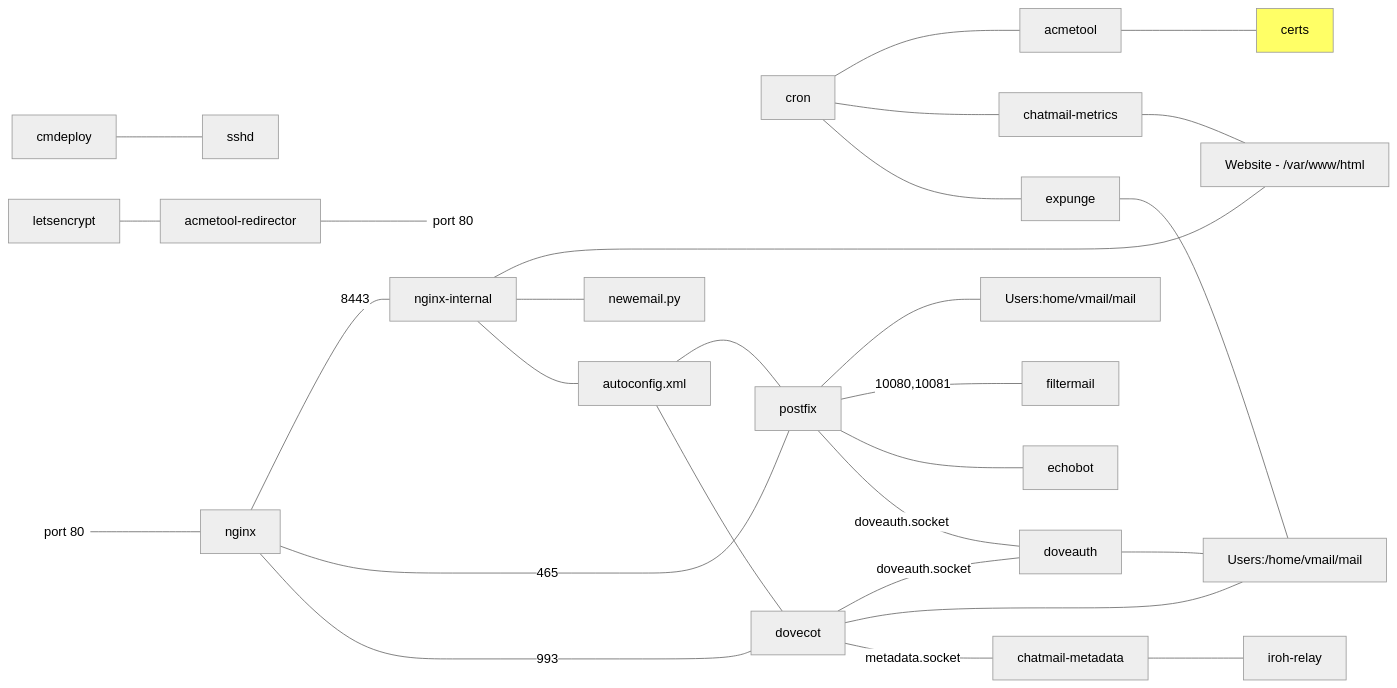
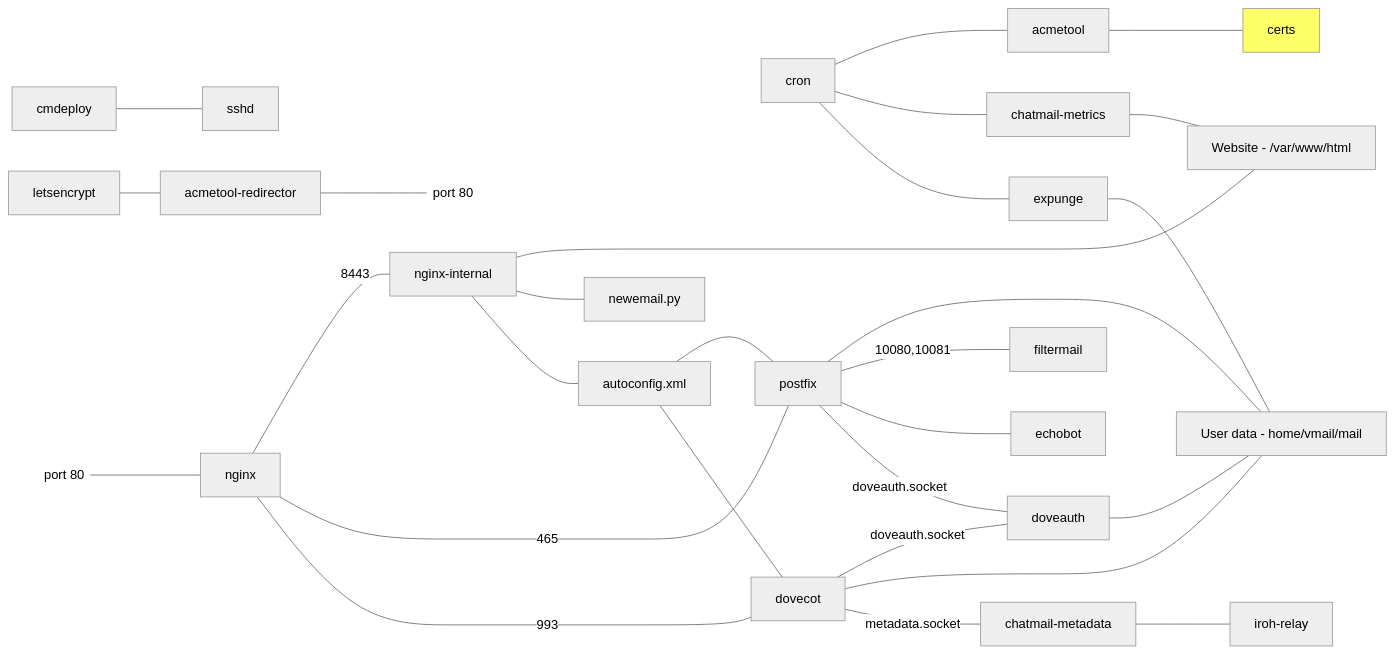
The diagram in ARCHITECTURE.md (cliffmccarthy/chatmail-relay), drawn with Mermaid (neutral theme) before and after one commit.

Commit message:
relabel users

````diff
--- a/ARCHITECTURE.md
+++ b/ARCHITECTURE.md
@@ -4,31 +4,31 @@
 ```mermaid
 graph LR;
     cmdeploy --- sshd;
     letsencrypt --- acmetool-redirector;
     acmetool-redirector --- port80r@{ shape: text, label: "port 80" };
     port80l@{ shape: text, label: "port 80" } --- nginx;
     nginx --- |8443|nginx-internal;
     nginx-internal --- website[Website - /var/www/html];
     nginx-internal --- newemail.py;
     nginx-internal --- autoconfig.xml;
     cron --- acmetool;
     cron --- chatmail-metrics;
     cron --- expunge;
     chatmail-metrics --- website;
     acmetool --- certs;
     nginx --- |465|postfix;
     nginx --- |993|dovecot;
     autoconfig.xml --- postfix;
     autoconfig.xml --- dovecot;
-    postfix --- Users:home/vmail/mail;
+    postfix --- users[User data - home/vmail/mail];
     postfix --- |10080,10081|filtermail;
     postfix --- echobot;
     postfix --- |doveauth.socket|doveauth;
     dovecot --- |doveauth.socket|doveauth;
-    dovecot --- Users:/home/vmail/mail;
+    dovecot --- users;
     dovecot --- |metadata.socket|chatmail-metadata;
-    doveauth --- Users:/home/vmail/mail;
-    expunge --- Users:/home/vmail/mail;
+    doveauth --- users;
+    expunge --- users;
     chatmail-metadata --- iroh-relay;
     style certs fill:#ff6;
 ```
````
